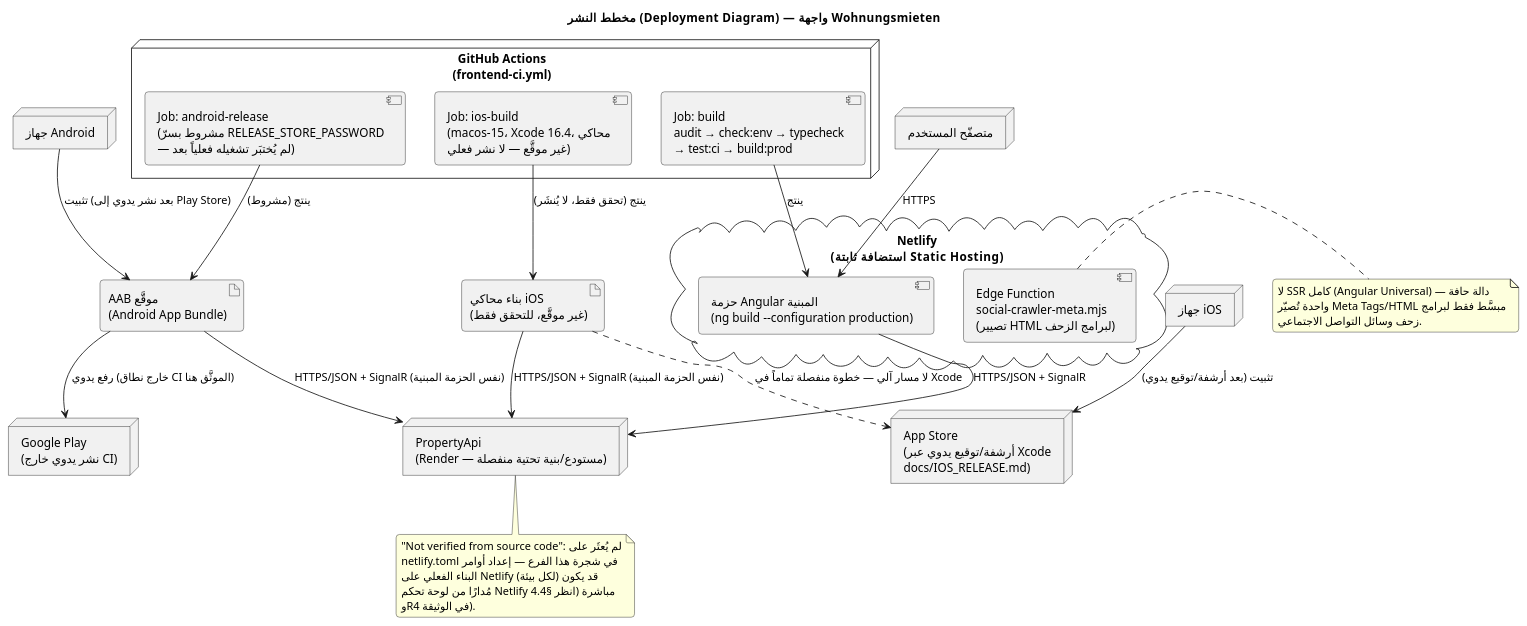
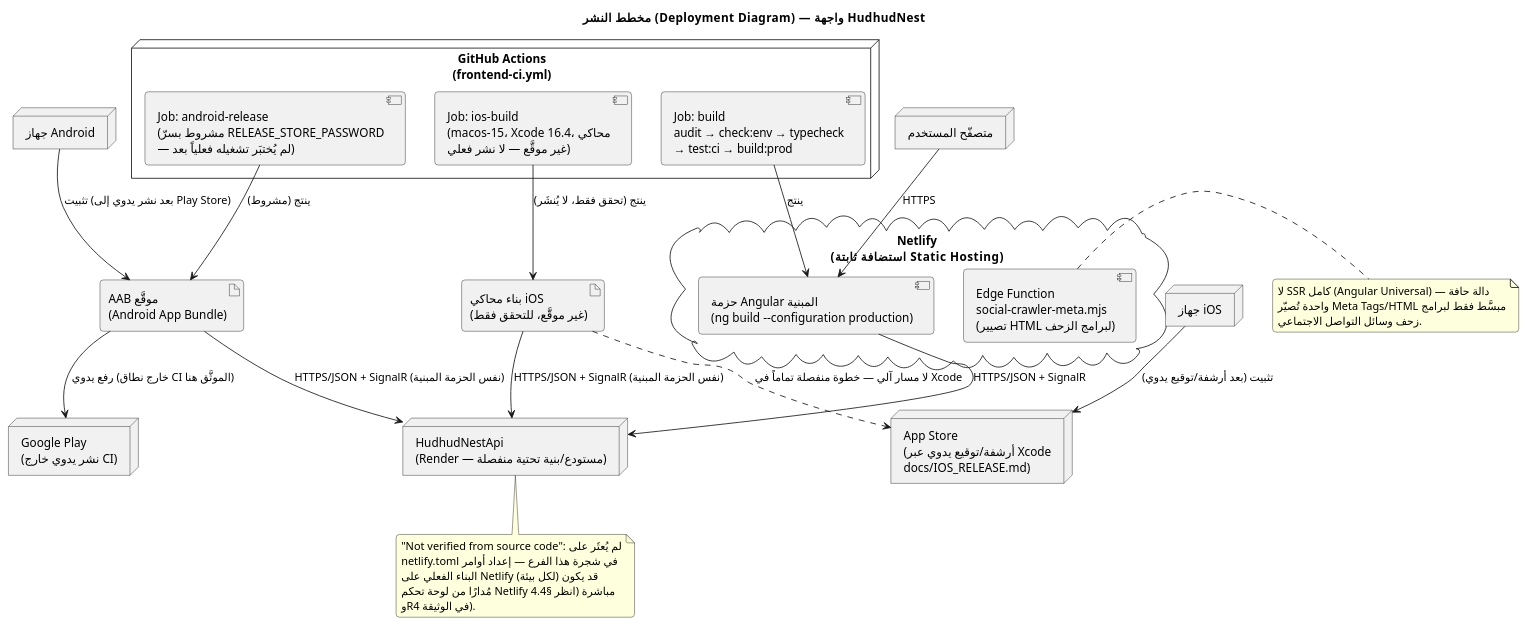
The diagram in docs/architecture/ARD/diagrams/02-deployment.puml (Naeem-Ba/HudhudNest), drawn with PlantUML before and after one commit. The commit also changed 155 other files, not shown here.

First line of the commit message:
feat(brand): HudhudNest logo, app icons, splash screens and full rename

```diff
--- a/docs/architecture/ARD/diagrams/02-deployment.puml
+++ b/docs/architecture/ARD/diagrams/02-deployment.puml
@@ -1,60 +1,60 @@
 @startuml Deployment
 skinparam backgroundColor #FFFFFF
 skinparam shadowing false
 skinparam roundcorner 8
 skinparam defaultFontName "Segoe UI"
-title مخطط النشر (Deployment Diagram) — واجهة Wohnungsmieten
+title مخطط النشر (Deployment Diagram) — واجهة HudhudNest
 
 node "متصفّح المستخدم" as Browser
 node "جهاز Android" as AndroidDevice
 node "جهاز iOS" as IosDevice
 
 cloud "Netlify\n(استضافة ثابتة Static Hosting)" {
   [حزمة Angular المبنية\n(ng build --configuration production)] as WebBundle
   [Edge Function\nsocial-crawler-meta.mjs\n(تصيير HTML لبرامج الزحف)] as EdgeFn
 }
 
 node "GitHub Actions\n(frontend-ci.yml)" as CI {
   [Job: build\naudit → check:env → typecheck\n→ test:ci → build:prod] as JobBuild
   [Job: android-release\n(مشروط بسرّ RELEASE_STORE_PASSWORD\n— لم يُختبَر تشغيله فعلياً بعد)] as JobAndroid
   [Job: ios-build\n(macos-15، Xcode 16.4، محاكي\nغير موقَّع — لا نشر فعلي)] as JobIos
 }
 
 artifact "AAB موقَّع\n(Android App Bundle)" as AAB
 artifact "بناء محاكي iOS\n(غير موقَّع، للتحقق فقط)" as IosSim
 
 node "Google Play\n(نشر يدوي خارج CI)" as PlayStore
 node "App Store\n(أرشفة/توقيع يدوي عبر Xcode\ndocs/IOS_RELEASE.md)" as AppStore
 
-node "PropertyApi\n(Render — مستودع/بنية تحتية منفصلة)" as Backend
+node "HudhudNestApi\n(Render — مستودع/بنية تحتية منفصلة)" as Backend
 
 Browser --> WebBundle : HTTPS
 AndroidDevice --> AAB : تثبيت (بعد نشر يدوي إلى Play Store)
 IosDevice --> AppStore : تثبيت (بعد أرشفة/توقيع يدوي)
 
 JobBuild --> WebBundle : ينتج
 JobAndroid --> AAB : ينتج (مشروط)
 JobIos --> IosSim : ينتج (تحقق فقط، لا يُنشَر)
 
 AAB --> PlayStore : رفع يدوي (خارج نطاق CI الموثَّق هنا)
 IosSim ..> AppStore : لا مسار آلي — خطوة منفصلة تماماً في Xcode
 
 WebBundle --> Backend : HTTPS/JSON + SignalR
 AAB --> Backend : HTTPS/JSON + SignalR (نفس الحزمة المبنية)
 IosSim --> Backend : HTTPS/JSON + SignalR (نفس الحزمة المبنية)
 
 note right of EdgeFn
   لا SSR كامل (Angular Universal) — دالة حافة
   واحدة تُصيّر Meta Tags/HTML مبسَّط فقط لبرامج
   زحف وسائل التواصل الاجتماعي.
 end note
 
 note bottom of Backend
   "Not verified from source code": لم يُعثَر على
   netlify.toml في شجرة هذا الفرع — إعداد أوامر
   البناء الفعلي على Netlify (لكل بيئة) قد يكون
   مُدارًا من لوحة تحكم Netlify مباشرة (انظر §4.4
   وR4 في الوثيقة).
 end note
 
 @enduml
```
